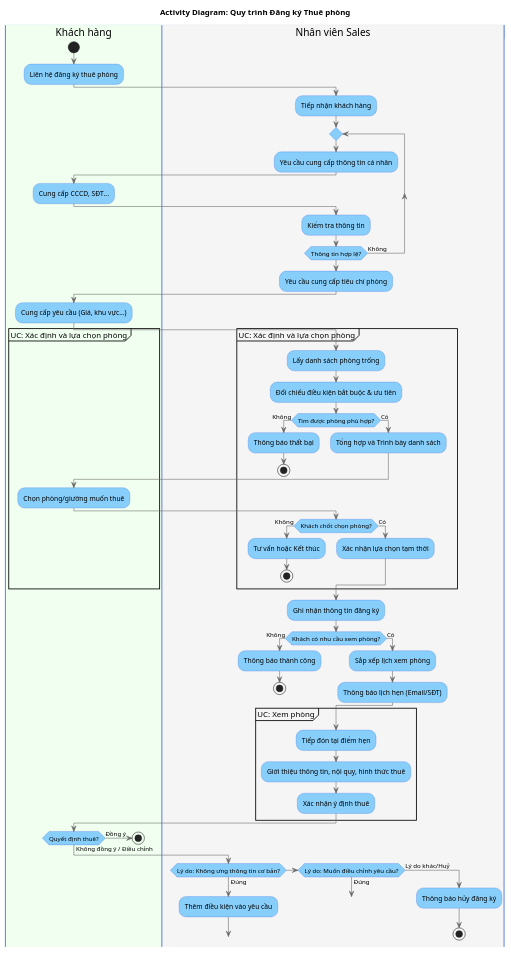
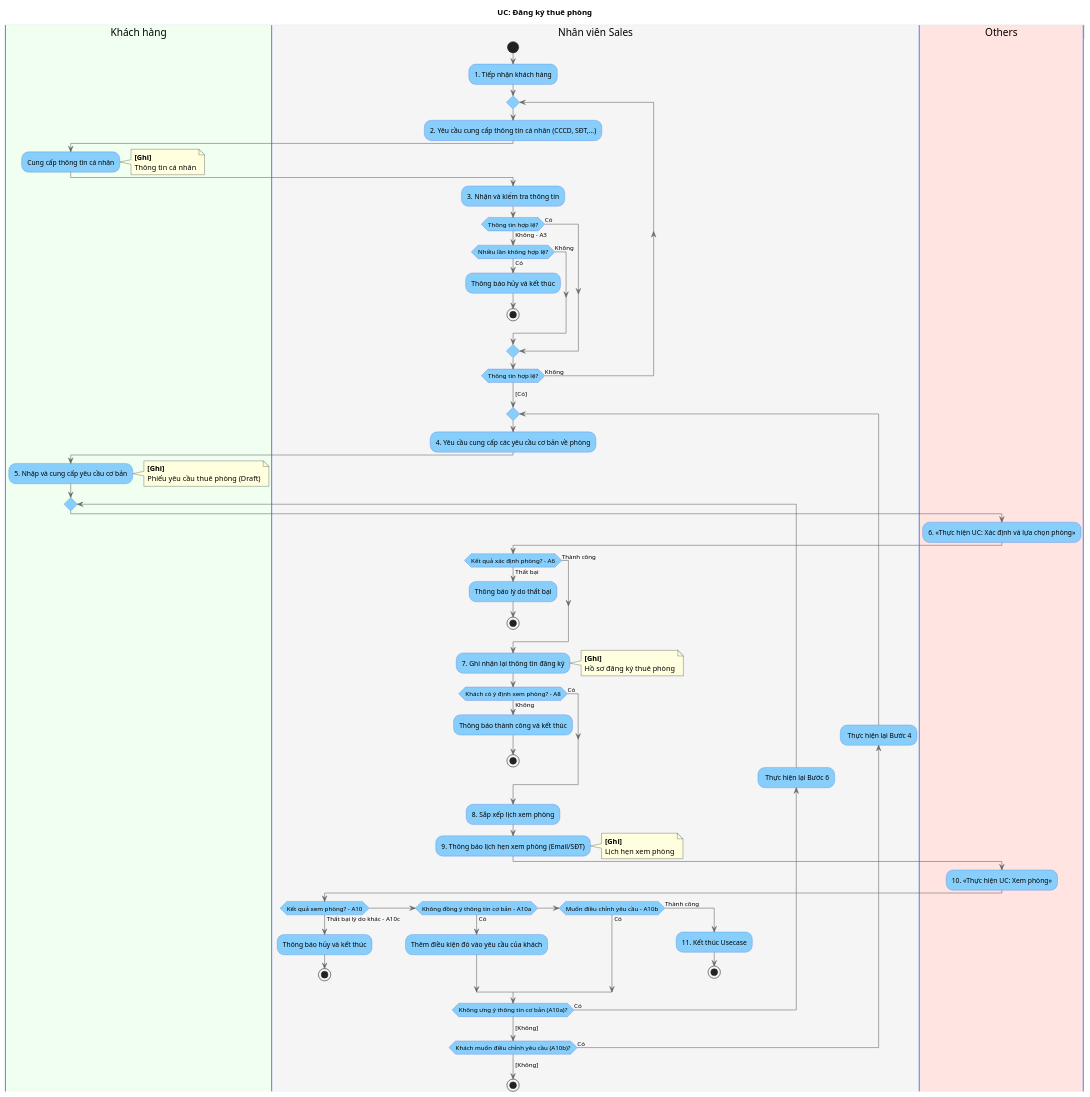
Before and after one commit to Gnourt812005/HCMUS-Analyze-and-desgin-IS: the diagram in doc/business/activity/dang_ky_thue_phong.wsd, drawn with PlantUML. The commit also changed 2 other files, not shown here.

Commit message:
activity/duong: split and refine activity diagrams for 3 usecases in "Quy trình đăng ký thuê phòng"

```diff
--- a/doc/business/activity/dang_ky_thue_phong.wsd
+++ b/doc/business/activity/dang_ky_thue_phong.wsd
@@ -1,110 +1,98 @@
-@startuml Activity Diagram: Quy trình Đăng ký & Lựa chọn Thuê phòng
-title Activity Diagram: Quy trình Đăng ký Thuê phòng
+@startuml Activity_DangKyThuePhong
+title UC: Đăng ký thuê phòng
 
-' --- CẤU HÌNH GIAO DIỆN ---
 skinparam activity {
     BackgroundColor LightSkyBlue
     BorderColor RoyalBlue
     ArrowColor DimGray
 }
 skinparam swimlane {
     BorderColor RoyalBlue
     TitleBackgroundColor LightSteelBlue
 }
 
-' --- KHAI BÁO SWIMLANES ---
 |#HoneyDew|Khách hàng|
 |#WhiteSmoke|Nhân viên Sales|
-
-' --- BẮT ĐẦU QUY TRÌNH ---
-|Khách hàng|
-start
-:Liên hệ đăng ký thuê phòng; 
+|#MistyRose|Others|
 
 |Nhân viên Sales|
-:Tiếp nhận khách hàng; 
+start
+:1. Tiếp nhận khách hàng;
 
-' --- VALIDATION LOOP (A3) ---
 repeat
-    :Yêu cầu cung cấp thông tin cá nhân; 
+    :2. Yêu cầu cung cấp thông tin cá nhân (CCCD, SĐT,...);
     |Khách hàng|
-    :Cung cấp CCCD, SĐT...; 
+    :Cung cấp thông tin cá nhân;
+    note right #LightYellow: **[Ghi]**\nThông tin cá nhân
+    
     |Nhân viên Sales|
-    :Kiểm tra thông tin; 
+    :3. Nhận và kiểm tra thông tin;
+    if (Thông tin hợp lệ?) then (Không - A3)
+        if (Nhiều lần không hợp lệ?) then (Có)
+            :Thông báo hủy và kết thúc;
+            stop
+        else (Không)
+        endif
+    else (Có)
+    endif
 repeat while (Thông tin hợp lệ?) is (Không)
 -> [Có];
 
-' --- LABEL: ĐIỂM QUAY LẠI KHI THAY ĐỔI YÊU CẦU (A10.b) ---
-label lab_ChangeReq
+repeat
+    |Nhân viên Sales|
+    :4. Yêu cầu cung cấp các yêu cầu cơ bản về phòng;
+    |Khách hàng|
+    :5. Nhập và cung cấp yêu cầu cơ bản;
+    note right #LightYellow: **[Ghi]**\nPhiếu yêu cầu thuê phòng (Draft)
 
-:Yêu cầu cung cấp tiêu chí phòng; 
-|Khách hàng|
-:Cung cấp yêu cầu (Giá, khu vực...); 
+    repeat
+        |Others|
+        :6. << Thực hiện UC: Xác định và lựa chọn phòng >>;
 
-' --- LABEL: ĐIỂM QUAY LẠI KHI KHÔNG ƯNG THÔNG TIN PHÒNG (A10.a) ---
-label lab_SelectRoom
+        |Nhân viên Sales|
+        if (Kết quả xác định phòng? - A6) then (Thất bại)
+            :Thông báo lý do thất bại;
+            stop
+        else (Thành công)
+        endif
 
-' --- SUB-PROCESS: XÁC ĐỊNH & LỰA CHỌN PHÒNG ---
-partition "UC: Xác định và lựa chọn phòng" {
+        :7. Ghi nhận lại thông tin đăng ký;
+        note right #LightYellow: **[Ghi]**\nHồ sơ đăng ký thuê phòng
+
+        if (Khách có ý định xem phòng? - A8) then (Không)
+            :Thông báo thành công và kết thúc;
+            stop
+        else (Có)
+        endif
+
+        :8. Sắp xếp lịch xem phòng;
+        :9. Thông báo lịch hẹn xem phòng (Email/SĐT);
+        note right #LightYellow: **[Ghi]**\nLịch hẹn xem phòng
+
+        |Others|
+        :10. << Thực hiện UC: Xem phòng >>;
+
+        |Nhân viên Sales|
+        if (Kết quả xem phòng? - A10) then (Thất bại lý do khác - A10c)
+            :Thông báo hủy và kết thúc;
+            stop
+        elseif (Không đồng ý thông tin cơ bản - A10a) then (Có)
+            :Thêm điều kiện đó vào yêu cầu của khách;
+        elseif (Muốn điều chỉnh yêu cầu - A10b) then (Có)
+            ' Bỏ qua để vòng lặp ngoài bắt điều kiện
+        else (Thành công)
+            :11. Kết thúc Usecase;
+            stop
+        endif
+
     |Nhân viên Sales|
-    :Lấy danh sách phòng trống;
-    :Đối chiếu điều kiện bắt buộc & ưu tiên;
-    
-    if (Tìm được phòng phù hợp?) then (Không)
-        :Thông báo thất bại;
-        stop
-    else (Có)
-        :Tổng hợp và Trình bày danh sách;
-    endif
-    
-    |Khách hàng|
-    :Chọn phòng/giường muốn thuê;
-    
-    |Nhân viên Sales|
-    if (Khách chốt chọn phòng?) then (Không)
-        :Tư vấn hoặc Kết thúc;
-        stop
-    else (Có)
-        :Xác nhận lựa chọn tạm thời;
-    endif
-}
+    backward: Thực hiện lại Bước 6;
+    repeat while (Không ưng ý thông tin cơ bản (A10a)?) is (Có)
+    -> [Không];
 
-' --- QUY TRÌNH CHÍNH TIẾP TỤC ---
-:Ghi nhận thông tin đăng ký; 
-
-if (Khách có nhu cầu xem phòng?) then (Không)
-    :Thông báo thành công; 
-    stop
-else (Có)
-    :Sắp xếp lịch xem phòng; 
-    :Thông báo lịch hẹn (Email/SĐT); 
-endif
-
-' --- SUB-PROCESS: XEM PHÒNG ---
-partition "UC: Xem phòng" {
-    |Nhân viên Sales|
-    :Tiếp đón tại điểm hẹn;
-    :Giới thiệu thông tin, nội quy, hình thức thuê;
-    :Xác nhận ý định thuê;
-}
-
-' --- XỬ LÝ KẾT QUẢ SAU KHI XEM (A10) ---
-|Khách hàng|
-if (Quyết định thuê?) then (Đồng ý)
-    stop
-else (Không đồng ý / Điều chỉnh)
-    |Nhân viên Sales|
-    ' A10.a: Không đồng ý thông tin cơ bản -> Quay lại chọn phòng
-    if (Lý do: Không ưng thông tin cơ bản?) then (Đúng)
-        :Thêm điều kiện vào yêu cầu; 
-        goto lab_SelectRoom
-    ' A10.b: Muốn điều chỉnh yêu cầu -> Quay lại bước nhập yêu cầu
-    elseif (Lý do: Muốn điều chỉnh yêu cầu?) then (Đúng)
-        goto lab_ChangeReq
-    else (Lý do khác/Huỷ)
-        :Thông báo hủy đăng ký; 
-        stop
-    endif
-endif
-
+|Nhân viên Sales|
+backward: Thực hiện lại Bước 4;
+repeat while (Khách muốn điều chỉnh yêu cầu (A10b)?) is (Có)
+-> [Không];
+stop
 @enduml
```
